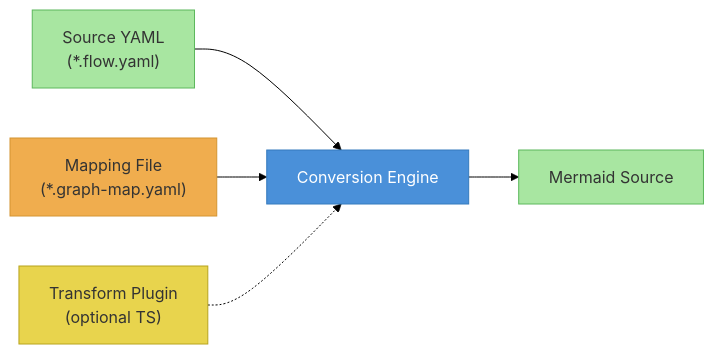
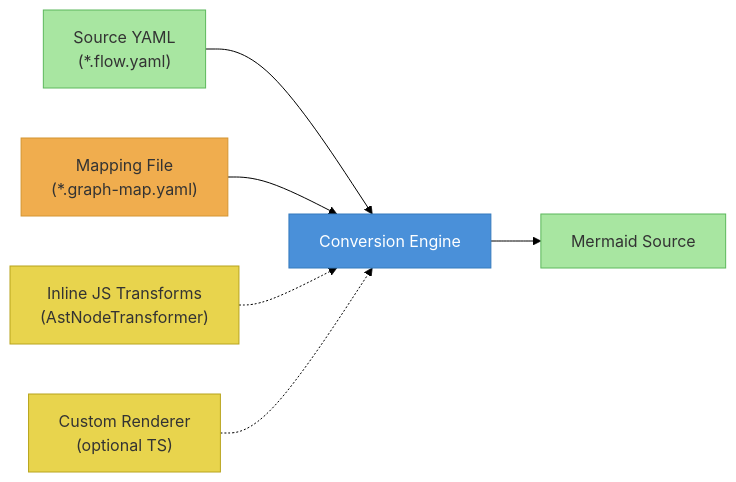
One commit to al-the-bear/tom_module_vscode changed the tenth of 32 diagrams in tom_vscode_extension/doc/yaml_graph.md. Above: the diagram before and after it, drawn with Mermaid (forest theme). The commit also changed other lines of this file, not shown here.

Commit message:
Add AstNodeTransformer inline JS transforms, editor overlay interaction, 1s debounce

````diff
--- a/tom_vscode_extension/doc/yaml_graph.md
+++ b/tom_vscode_extension/doc/yaml_graph.md
@@ -839,13 +844,15 @@
 ```mermaid
 flowchart LR
     YAML["Source YAML<br/>(*.flow.yaml)"] --> ENGINE["Conversion Engine"]
     MAP["Mapping File<br/>(*.graph-map.yaml)"] --> ENGINE
-    PLUGIN["Transform Plugin<br/>(optional TS)"] -.-> ENGINE
+    JS["Inline JS Transforms<br/>(AstNodeTransformer)"] -.-> ENGINE
+    PLUGIN["Custom Renderer<br/>(optional TS)"] -.-> ENGINE
     ENGINE --> MERMAID["Mermaid Source"]
 
     style YAML fill:#a8e6a1,stroke:#5cb85c,color:#333
     style MAP fill:#f0ad4e,stroke:#d49430,color:#333
+    style JS fill:#e8d44d,stroke:#b8a41d,color:#333
     style PLUGIN fill:#e8d44d,stroke:#b8a41d,color:#333
     style ENGINE fill:#4a90d9,stroke:#357abd,color:#fff
     style MERMAID fill:#a8e6a1,stroke:#5cb85c,color:#333
 ```
````
